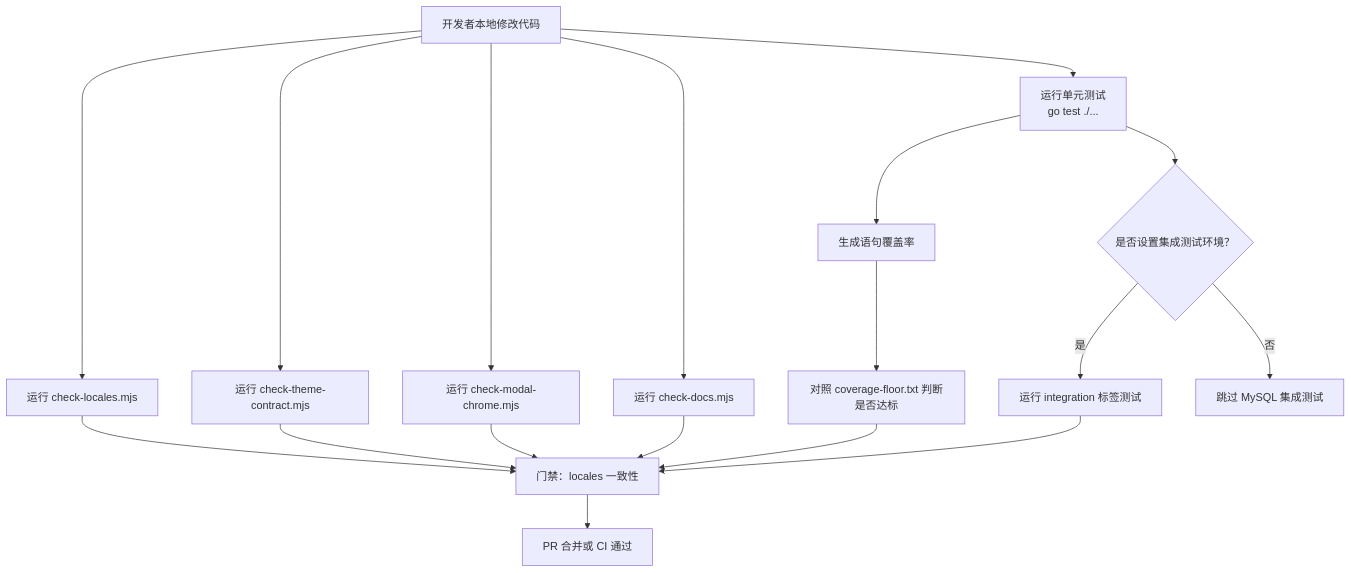
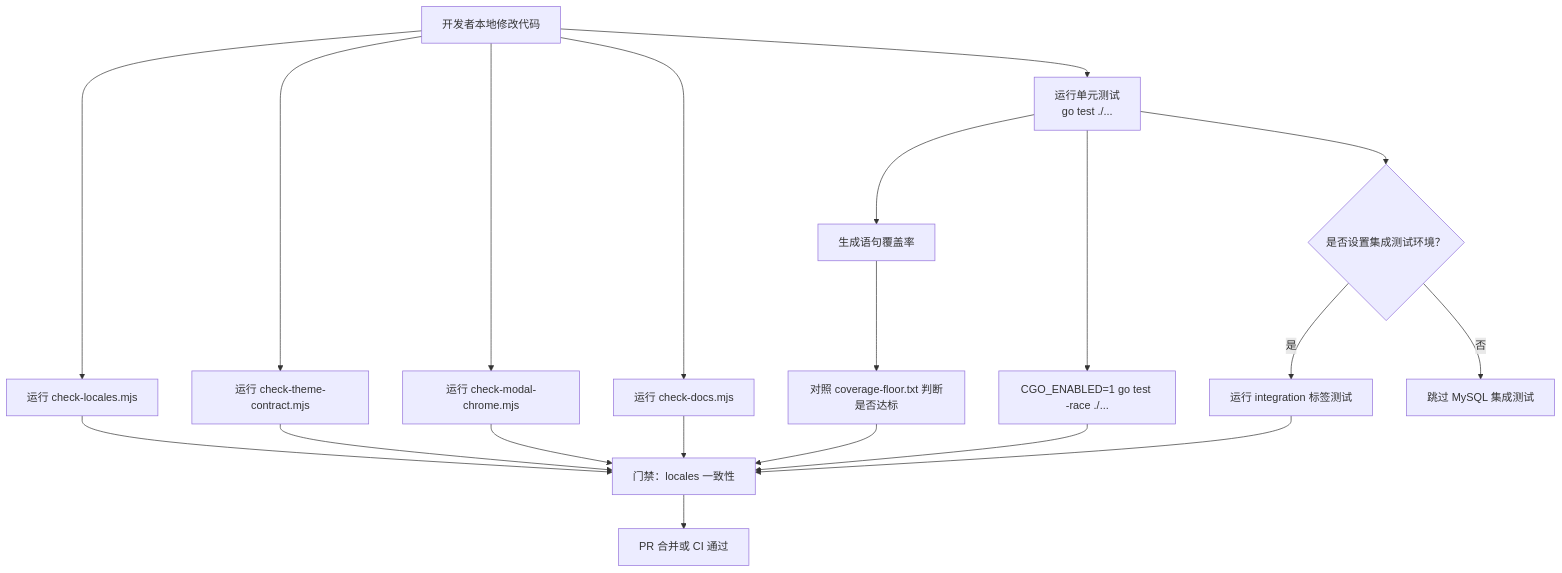
Before and after one commit to YimingZhanshen/skin-nexus: the second of 6 diagrams in docs/handbook/测试与质量保障.md, drawn with Mermaid. The commit also changed other lines of this file and 4 other files, not shown here.

````diff
--- a/docs/handbook/测试与质量保障.md
+++ b/docs/handbook/测试与质量保障.md
@@ -132,20 +142,22 @@
 ```mermaid
 flowchart TD
     Dev["开发者本地修改代码"] --> Unit["运行单元测试<br/>go test ./..."]
     Unit --> Coverage["生成语句覆盖率"]
+    Unit --> Race["CGO_ENABLED=1 go test -race ./..."]
     Coverage --> Floor["对照 coverage-floor.txt 判断是否达标"]
     Dev --> Locales["运行 check-locales.mjs"]
     Dev --> Theme["运行 check-theme-contract.mjs"]
     Dev --> Modal["运行 check-modal-chrome.mjs"]
     Dev --> Docs["运行 check-docs.mjs"]
     Unit --> Integration{"是否设置集成测试环境？"}
     Integration -->|是| MySQL["运行 integration 标签测试"]
     Integration -->|否| SkipInt["跳过 MySQL 集成测试"]
     Locales --> Gate["门禁：locales 一致性"]
     Theme --> Gate
     Modal --> Gate
     Docs --> Gate
     Floor --> Gate
+    Race --> Gate
     MySQL --> Gate
     Gate --> PR["PR 合并或 CI 通过"]
 ```
````
